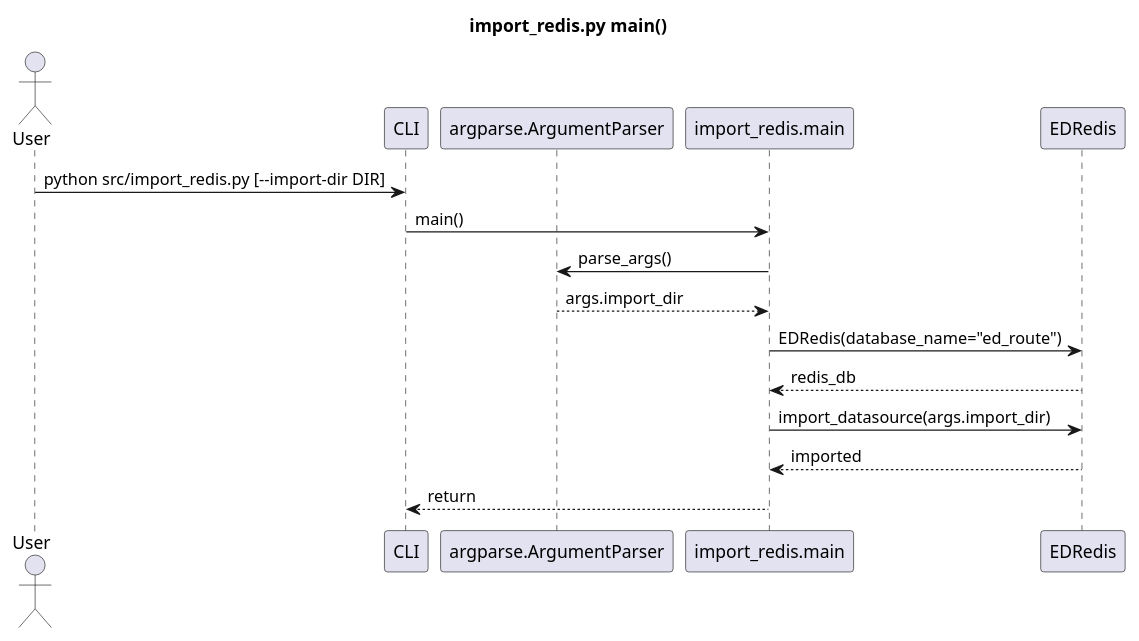
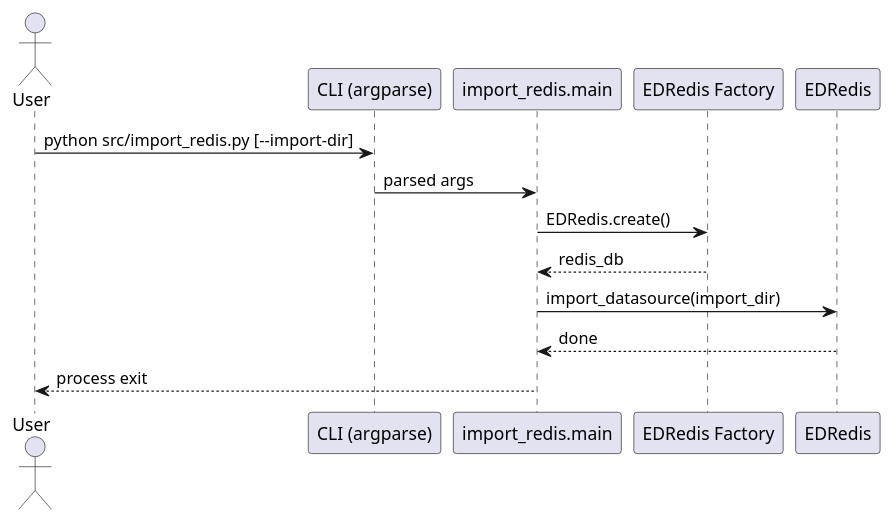
One commit to fazleskhan/elite_dangerous_discord_tools changed the first of 4 diagrams in docs/datastore_transfer_sequences.puml. Above: the diagram before and after it, drawn with PlantUML. The commit also changed other lines of this file and 30 other files, not shown here.

Commit message:
updated code comments, README.md, and sequence diagrams. Added new sequence diagrams for the initialization of EDRouteService in both discord_bot.py and main.py. blacked the source

```diff
--- a/docs/datastore_transfer_sequences.puml
+++ b/docs/datastore_transfer_sequences.puml
@@ -1,19 +1,15 @@
-@startuml Import Redis Sequence Diagram
-title import_redis.py main()
+@startuml import_redis
+actor User
+participant "CLI (argparse)" as CLI
+participant "import_redis.main" as Main
+participant "EDRedis Factory" as RedisFactory
+participant "EDRedis" as RedisDB
 
-actor User
-participant "CLI" as CLI
-participant "argparse.ArgumentParser" as Parser
-participant "import_redis.main" as Main
-participant "EDRedis" as Redis
-
-User -> CLI: python src/import_redis.py [--import-dir DIR]
-CLI -> Main: main()
-Main -> Parser: parse_args()
-Parser --> Main: args.import_dir
-Main -> Redis: EDRedis(database_name="ed_route")
-Redis --> Main: redis_db
-Main -> Redis: import_datasource(args.import_dir)
-Redis --> Main: imported
-Main --> CLI: return
+User -> CLI : python src/import_redis.py [--import-dir]
+CLI -> Main : parsed args
+Main -> RedisFactory : EDRedis.create()
+RedisFactory --> Main : redis_db
+Main -> RedisDB : import_datasource(import_dir)
+RedisDB --> Main : done
+Main --> User : process exit
 @enduml
```
